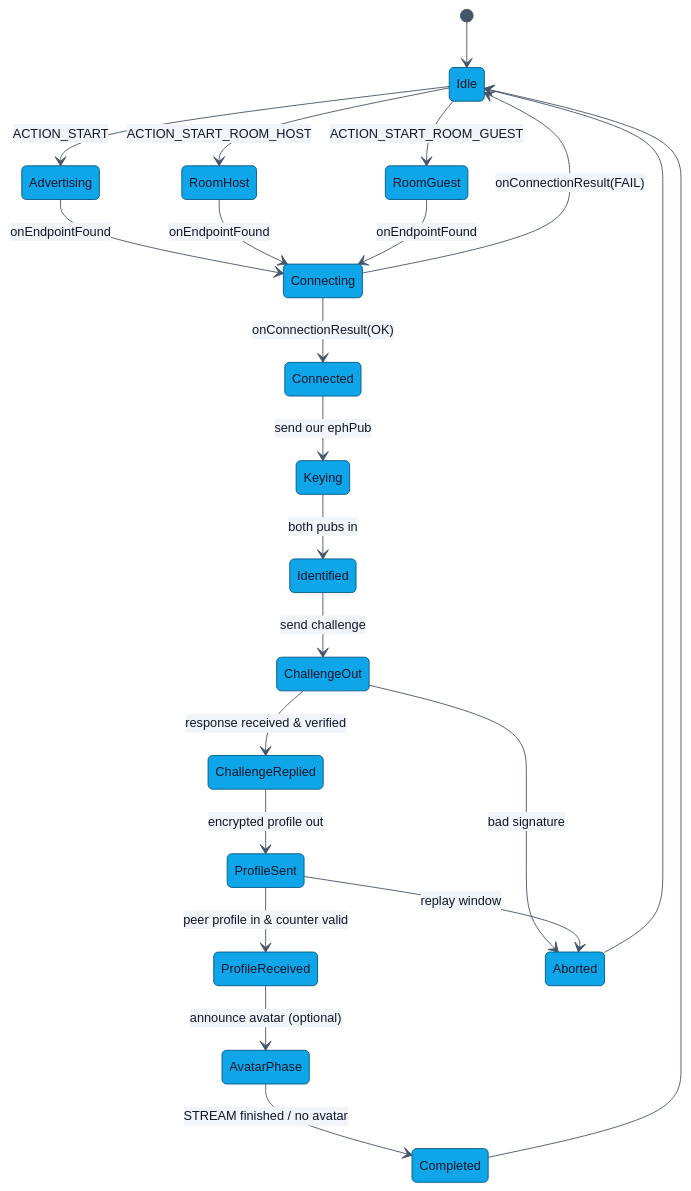
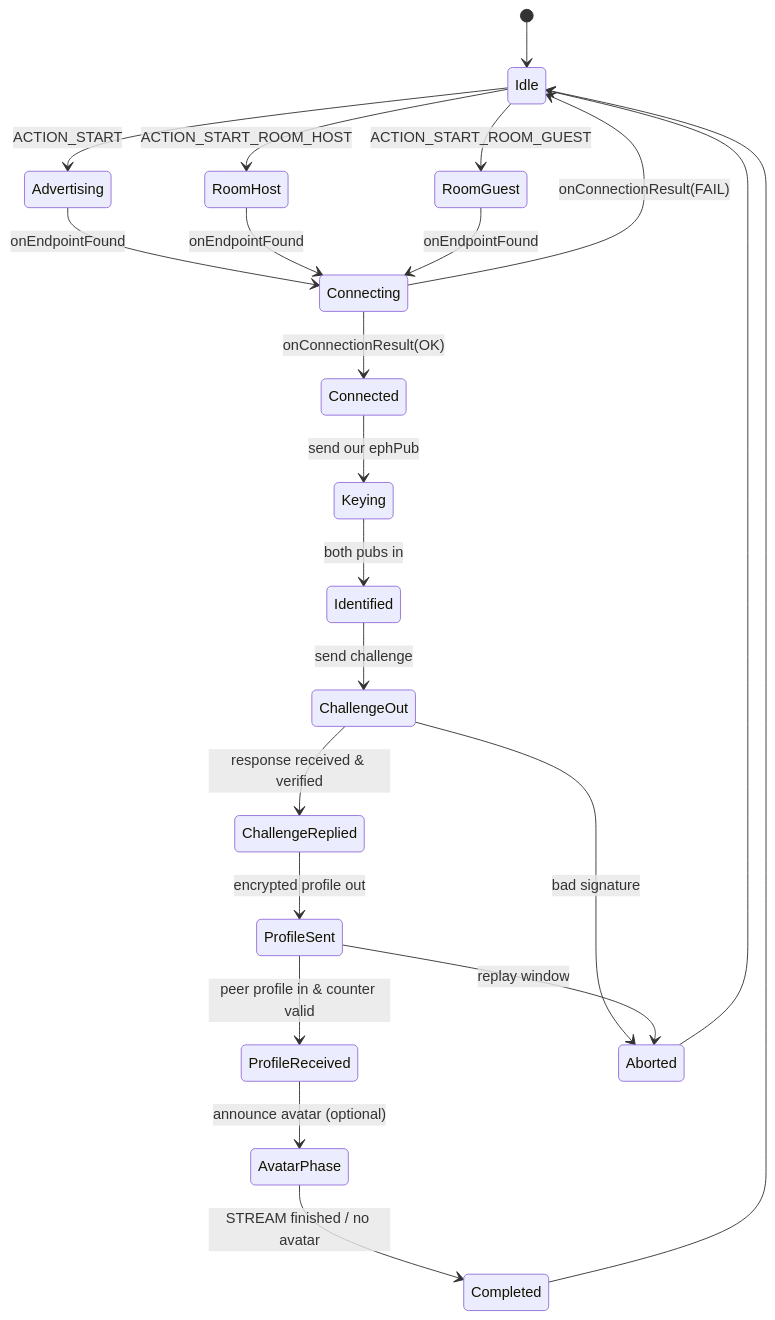
Before and after one commit to showerideas/Aura: the fifth of 5 diagrams in docs/EXCHANGE_FLOW.md, drawn with Mermaid. The commit also changed other lines of this file and 8 other files, not shown here.

````diff
--- a/docs/EXCHANGE_FLOW.md
+++ b/docs/EXCHANGE_FLOW.md
@@ -230,37 +182,25 @@
 ```mermaid
-%%{init: {'theme':'base','themeVariables':{
-  'fontFamily':'ui-monospace, SFMono-Regular, Menlo, Monaco, monospace',
-  'fontSize':'14px',
-  'primaryColor':'#0EA5E9',
-  'primaryTextColor':'#0F172A',
-  'primaryBorderColor':'#075985',
-  'lineColor':'#475569',
-  'secondaryColor':'#F1F5F9',
-  'tertiaryColor':'#FAFAF9',
-  'clusterBkg':'#F8FAFC',
-  'clusterBorder':'#CBD5E1'
-},'flowchart':{'curve':'basis','nodeSpacing':40,'rankSpacing':50,'padding':12},'sequence':{'actorMargin':50,'boxMargin':10,'noteMargin':10,'messageMargin':35}}}%%
 stateDiagram-v2
     [*] --> Idle
     Idle --> Advertising: ACTION_START
     Idle --> RoomHost: ACTION_START_ROOM_HOST
     Idle --> RoomGuest: ACTION_START_ROOM_GUEST
     Advertising --> Connecting: onEndpointFound
     RoomHost --> Connecting: onEndpointFound
     RoomGuest --> Connecting: onEndpointFound
     Connecting --> Connected: onConnectionResult(OK)
     Connecting --> Idle: onConnectionResult(FAIL)
     Connected --> Keying: send our ephPub
     Keying --> Identified: both pubs in
     Identified --> ChallengeOut: send challenge
     ChallengeOut --> ChallengeReplied: response received & verified
     ChallengeReplied --> ProfileSent: encrypted profile out
     ProfileSent --> ProfileReceived: peer profile in & counter valid
     ProfileReceived --> AvatarPhase: announce avatar (optional)
     AvatarPhase --> Completed: STREAM finished / no avatar
     Completed --> Idle
     state "Aborted" as Aborted
     ChallengeOut --> Aborted: bad signature
     ProfileSent --> Aborted: replay window
     Aborted --> Idle
 ```
````
